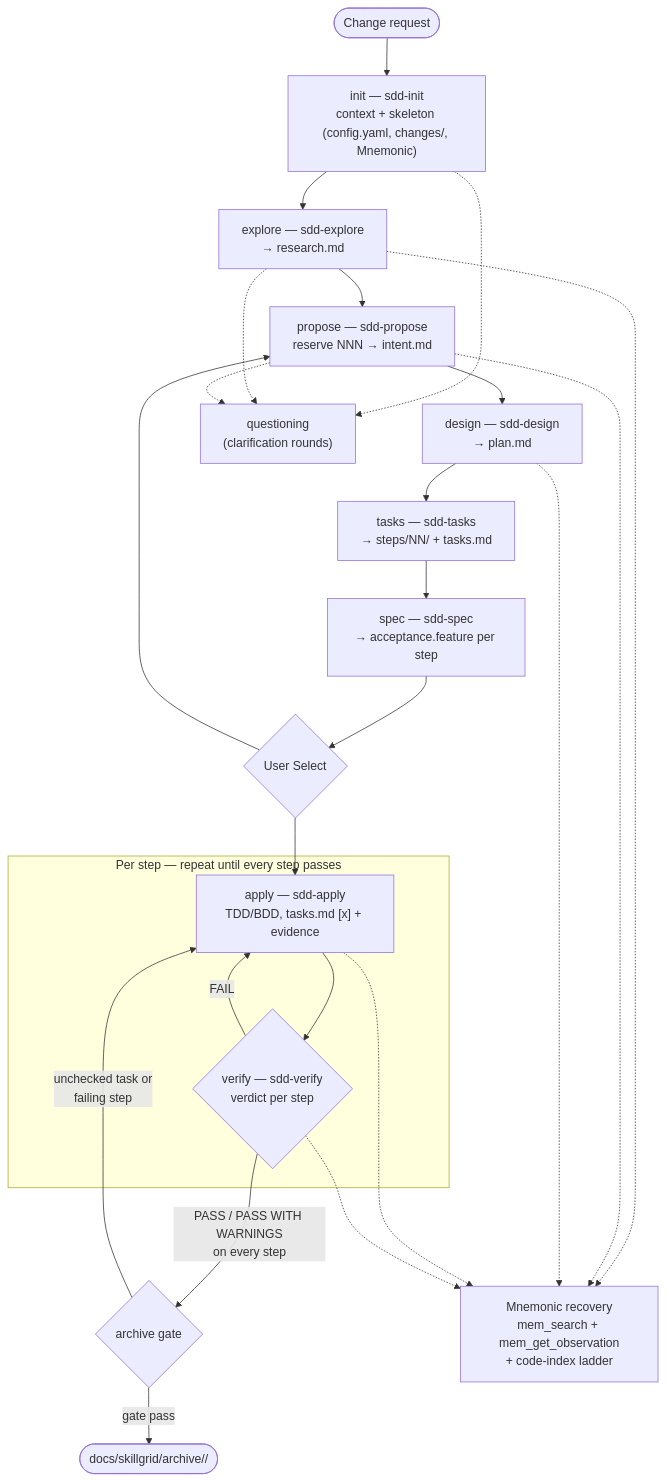
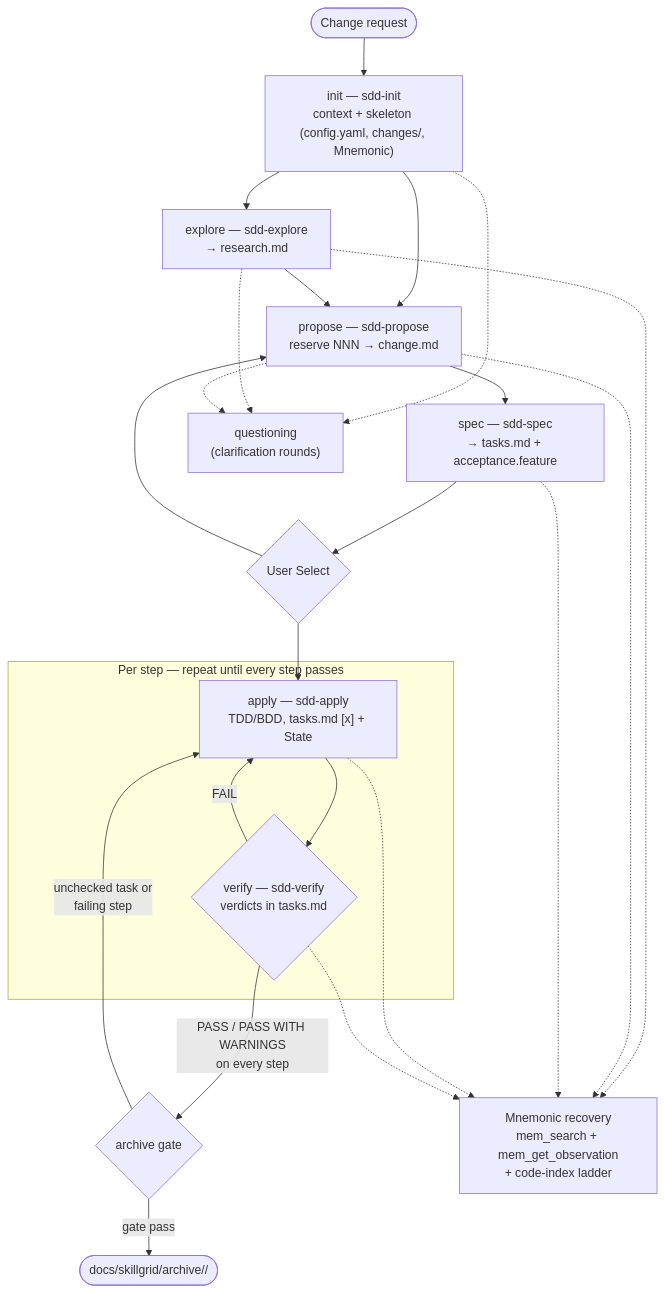
The diagram in docs/plan/01-workflow.md (devopstales/skillgrid), drawn with Mermaid before and after one commit. The commit also changed other lines of this file and 8 other files, not shown here.

````diff
--- a/docs/plan/01-workflow.md
+++ b/docs/plan/01-workflow.md
@@ -89,42 +76,39 @@
 ```mermaid
 flowchart TD
     Start([Change request]) --> Init
 
     Init["init — sdd-init<br/>context + skeleton (config.yaml, changes/, Mnemonic)"]
     Explore["explore — sdd-explore<br/>→ research.md"]
-    Propose["propose — sdd-propose<br/>reserve NNN → intent.md"]
-    Design["design — sdd-design<br/>→ plan.md"]
-    Tasks["tasks — sdd-tasks<br/>→ steps/NN/ + tasks.md"]
-    Spec["spec — sdd-spec<br/>→ acceptance.feature per step"]
+    Propose["propose — sdd-propose<br/>reserve NNN → change.md"]
+    Spec["spec — sdd-spec<br/>→ tasks.md + acceptance.feature"]
 
     Init --> Explore
+    Init --> Propose
     Explore --> Propose
-    Propose --> Design
-    Design --> Tasks
-    Tasks --> Spec
+    Propose --> Spec
 
     Spec --> UserSelect{"User Select"}
-    UserSelect --> Apply["apply — sdd-apply<br/>TDD/BDD, tasks.md [x] + evidence"]
+    UserSelect --> Apply["apply — sdd-apply<br/>TDD/BDD, tasks.md [x] + State"]
     UserSelect --> Propose
 
     subgraph PerStep["Per step — repeat until every step passes"]
-        Apply --> Verify{"verify — sdd-verify<br/>verdict per step"}
+        Apply --> Verify{"verify — sdd-verify<br/>verdicts in tasks.md"}
         Verify -- "FAIL" --> Apply
     end
 
     Verify -- "PASS / PASS WITH WARNINGS<br/>on every step" --> ArchiveGate{"archive gate"}
     ArchiveGate -- "unchecked task or<br/>failing step" --> Apply
     ArchiveGate -- "gate pass" --> Archived(["docs/skillgrid/archive/<NNN-slug>/"])
 
     Q["questioning<br/>(clarification rounds)"]
     R["Mnemonic recovery<br/>mem_search + mem_get_observation<br/>+ code-index ladder"]
 
     Init -.-> Q
     Explore -.-> Q
     Propose -.-> Q
     Explore -.-> R
     Propose -.-> R
-    Design -.-> R
+    Spec -.-> R
     Apply -.-> R
     Verify -.-> R
 ```
````
